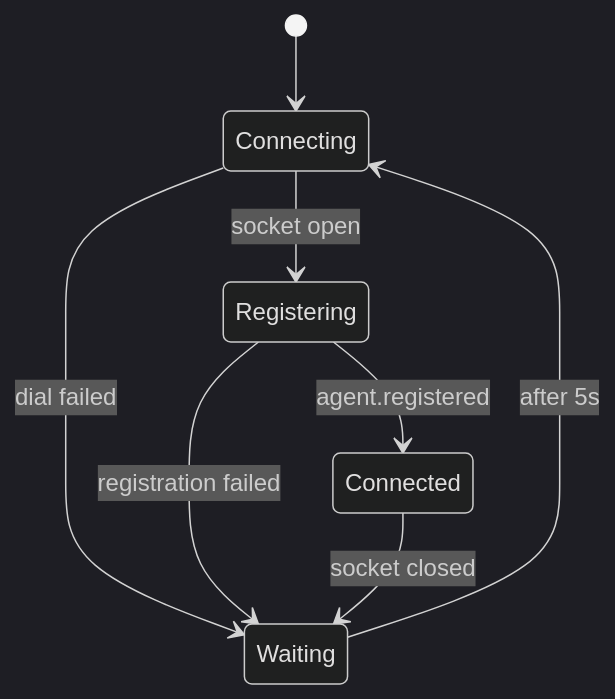
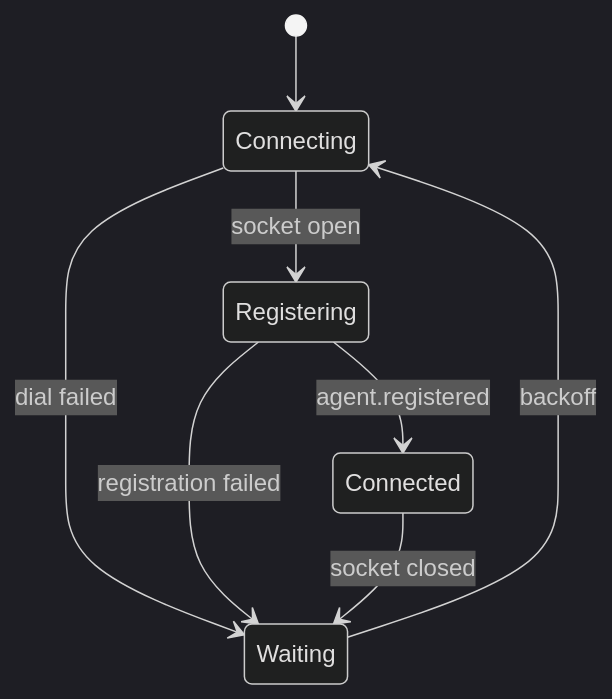
The sixth of 6 diagrams in docs/architecture.md (DrDead0/docksight), drawn with Mermaid (dark theme) before and after one commit. The commit also changed other lines of this file and 4 other files, not shown here.

````diff
--- a/docs/architecture.md
+++ b/docs/architecture.md
@@ -269,10 +269,10 @@
 ```mermaid
 stateDiagram-v2
     [*] --> Connecting
     Connecting --> Registering: socket open
     Connecting --> Waiting: dial failed
     Registering --> Connected: agent.registered
     Registering --> Waiting: registration failed
     Connected --> Waiting: socket closed
-    Waiting --> Connecting: after 5s
+    Waiting --> Connecting: backoff
 ```
````
